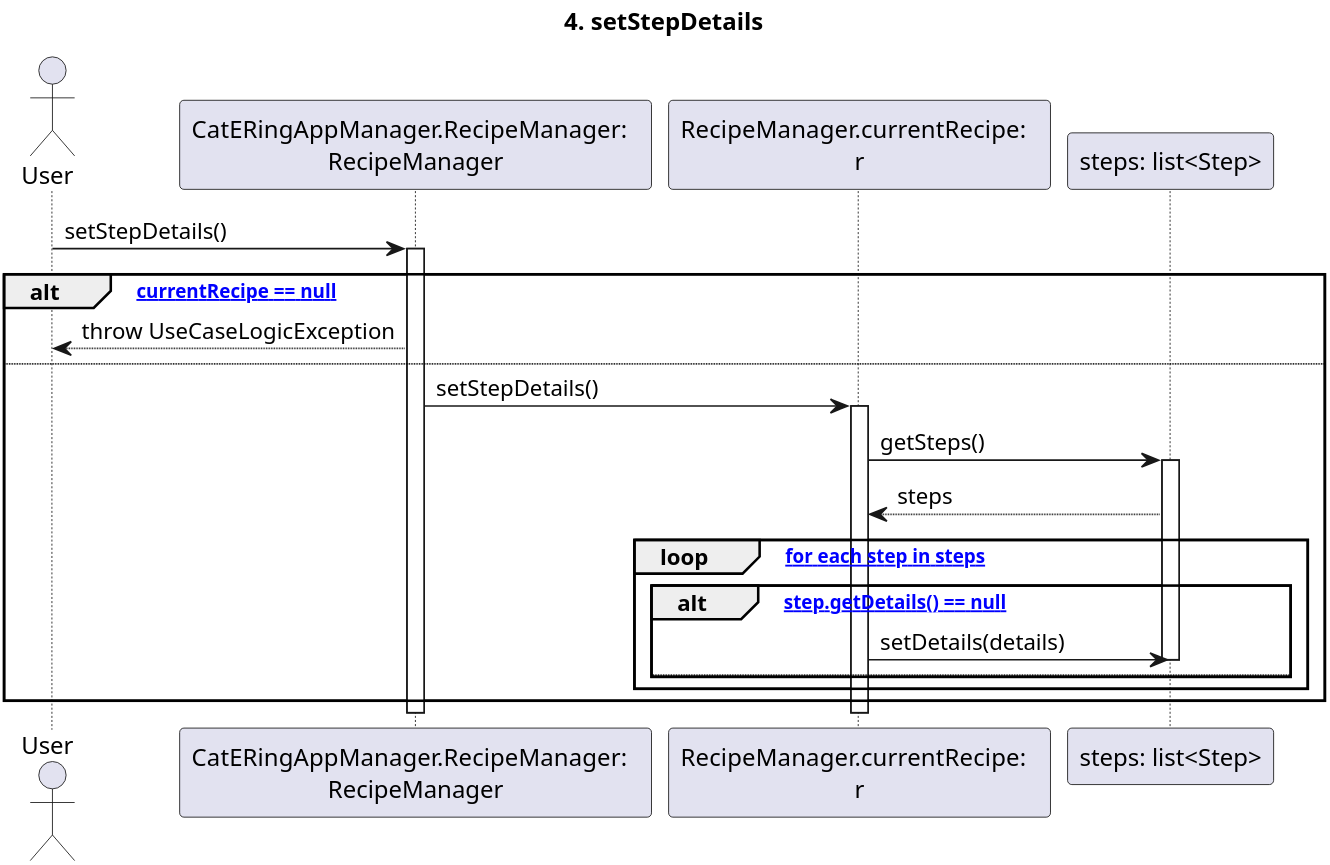
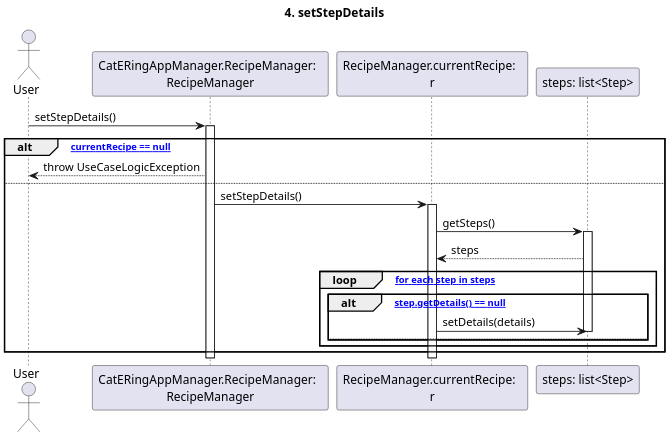
The diagram in dsd/dsd-ricette/4-setStepDetails.plantuml (m0canu1/sas), drawn with PlantUML before and after one commit. The commit also changed 30 other files, not shown here.

```diff
--- a/dsd/dsd-ricette/4-setStepDetails.plantuml
+++ b/dsd/dsd-ricette/4-setStepDetails.plantuml
@@ -1,32 +1,32 @@
 @startuml
 
-skinparam Dpi 400
+skinparam dpi 200
 
 title: 4. setStepDetails
 
 Actor User
 Participant "CatERingAppManager.RecipeManager:  \nRecipeManager" as RM
 Participant "RecipeManager.currentRecipe:  \nr" as CR
 
 
 User -> RM:setStepDetails()
 Activate RM
 alt ["currentRecipe == null"]
 	RM --> User: throw UseCaseLogicException
 else
     RM -> CR: setStepDetails()
     Activate CR
     CR -> "steps: list<Step>": getSteps()
     Activate "steps: list<Step>"
     "steps: list<Step>" --> CR: steps
     loop ["for each step in steps"]
         alt ["step.getDetails() == null"]
             CR -> "steps: list<Step>": setDetails(details)
             Deactivate "steps: list<Step>"
         else
         end
     end
 end
 Deactivate CR
 Deactivate RM
 @enduml
```
